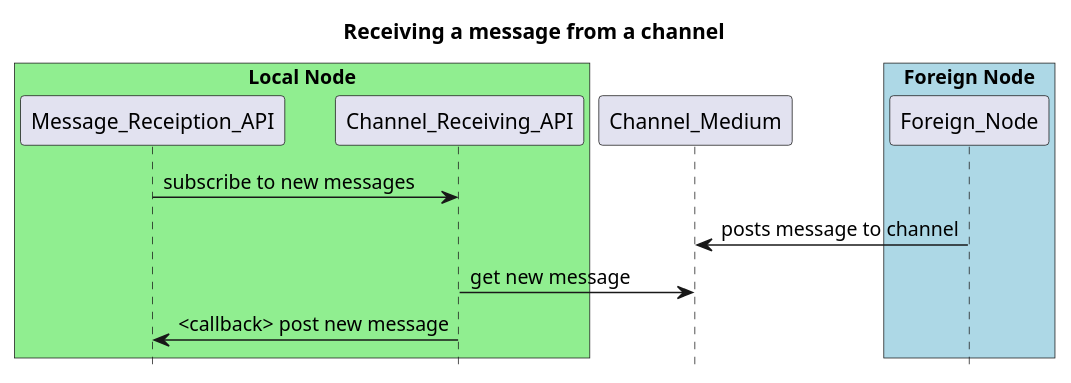
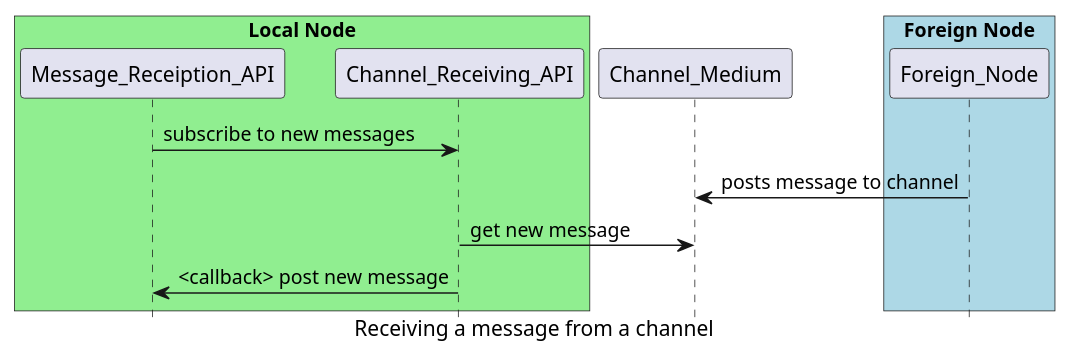
The fourth of 6 diagrams in docs/channel_api.rst (trustbridge/intergov), drawn with PlantUML before and after one commit. The commit also changed other lines of this file and 3 other files, not shown here.

Commit message:
Pushing mostly good doco about the channel api and removing other still WIP notes and diagrams

```diff
--- a/docs/channel_api.rst
+++ b/docs/channel_api.rst
@@ -168,20 +170,20 @@
 .. uml::
 
    @startuml
-   title Receiving a message from a channel
+   caption Receiving a message from a channel
    hide footbox
    
    box "Local Node" #LightGreen
        participant Message_Receiption_API
        participant Channel_Receiving_API
    end box
    participant Channel_Medium
    box "Foreign Node" #LightBlue
        participant Foreign_Node
    end box
    
    Message_Receiption_API->Channel_Receiving_API: subscribe to new messages
    Foreign_Node -> Channel_Medium: posts message to channel
    Channel_Receiving_API->Channel_Medium: get new message
    Channel_Receiving_API->Message_Receiption_API: <callback> post new message
    @enduml
```
